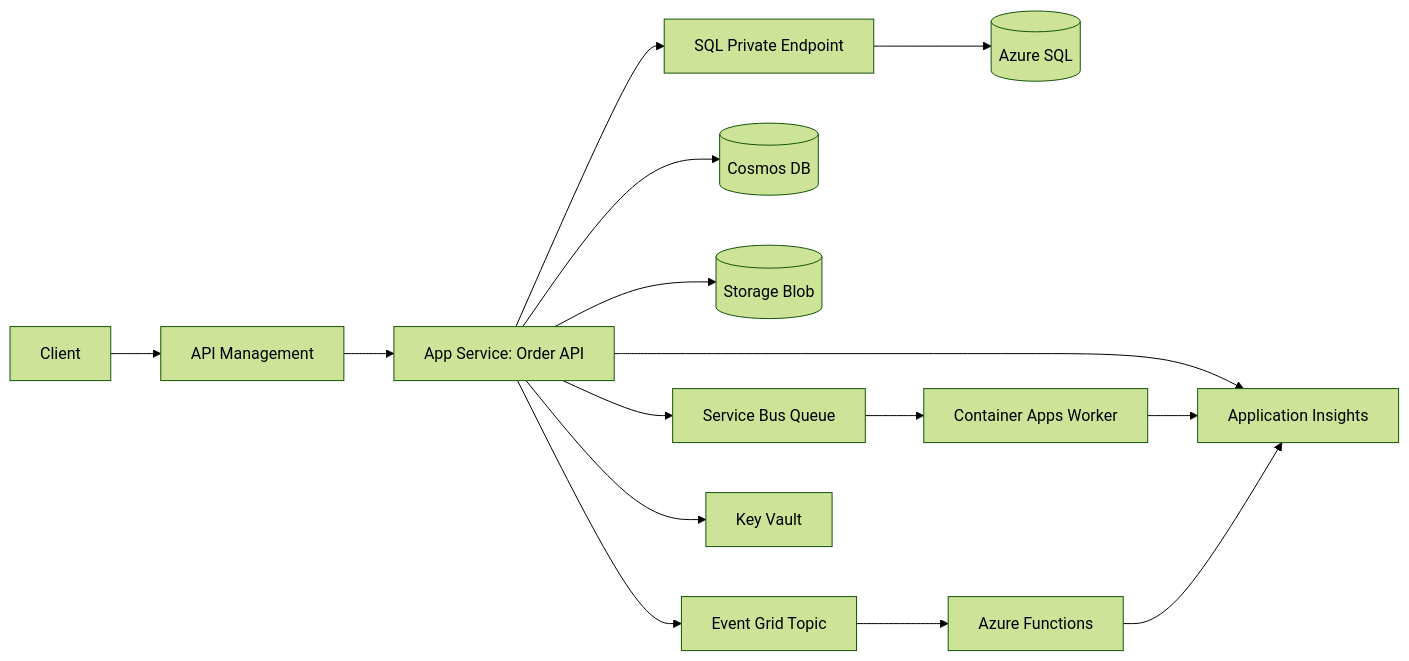
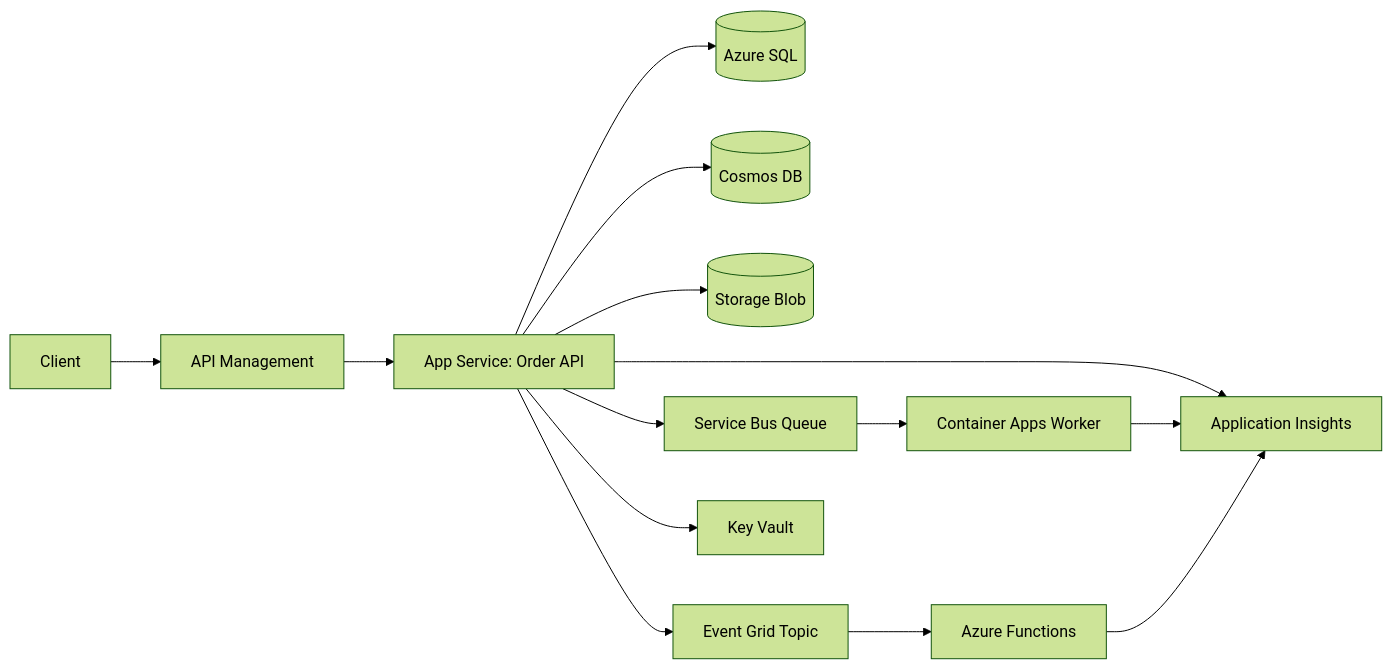
One commit to alexandruchirita4192org/azure-poc changed the diagram in README.md. Above: the diagram before and after it, drawn with Mermaid (forest theme). The commit also changed other lines of this file, not shown here.

Commit message:
docs: expand azure poc readme

````diff
--- a/README.md
+++ b/README.md
@@ -25,17 +31,16 @@
 ```mermaid
 flowchart LR
     Client[Client] --> APIM[API Management]
     APIM --> API[App Service: Order API]
-    API --> SQLPE[SQL Private Endpoint]
-    SQLPE --> SQL[(Azure SQL)]
+    API --> SQL[(Azure SQL)]
     API --> Cosmos[(Cosmos DB)]
     API --> Blob[(Storage Blob)]
     API --> SB[Service Bus Queue]
     API --> EG[Event Grid Topic]
     EG --> Fn[Azure Functions]
     SB --> Worker[Container Apps Worker]
     API --> KV[Key Vault]
     API --> AI[Application Insights]
     Worker --> AI
     Fn --> AI
 ```
````
